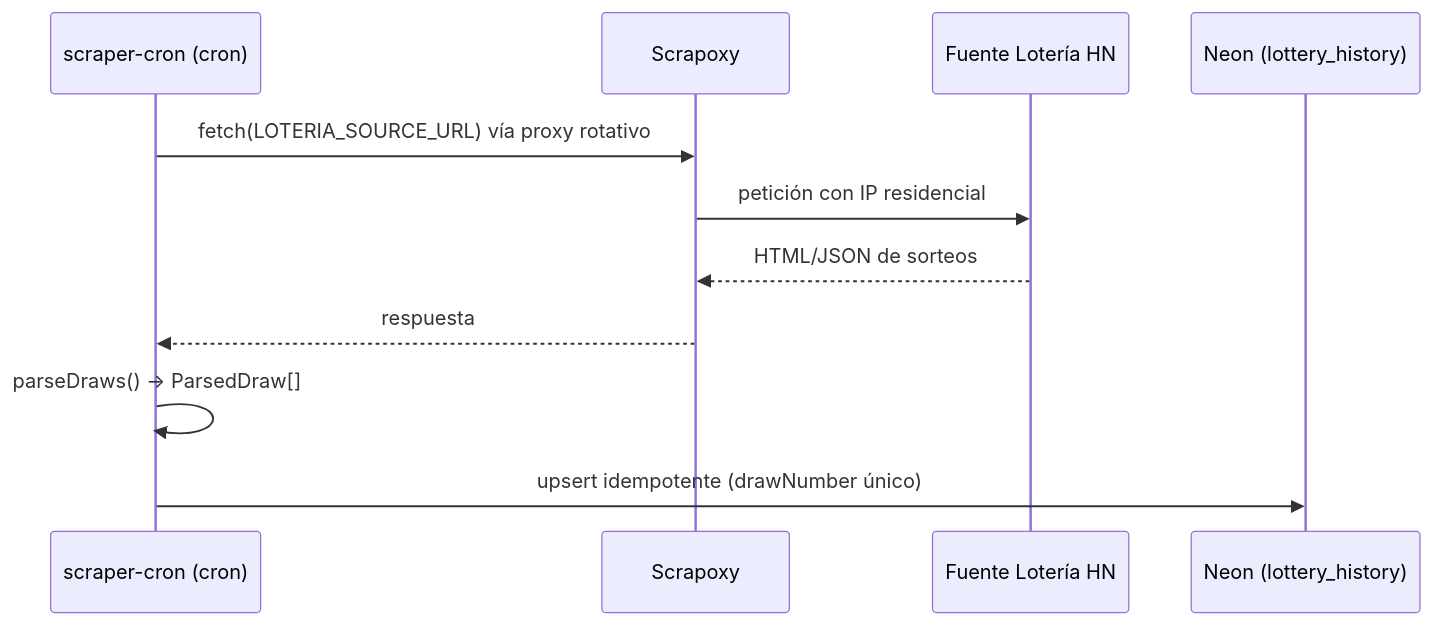
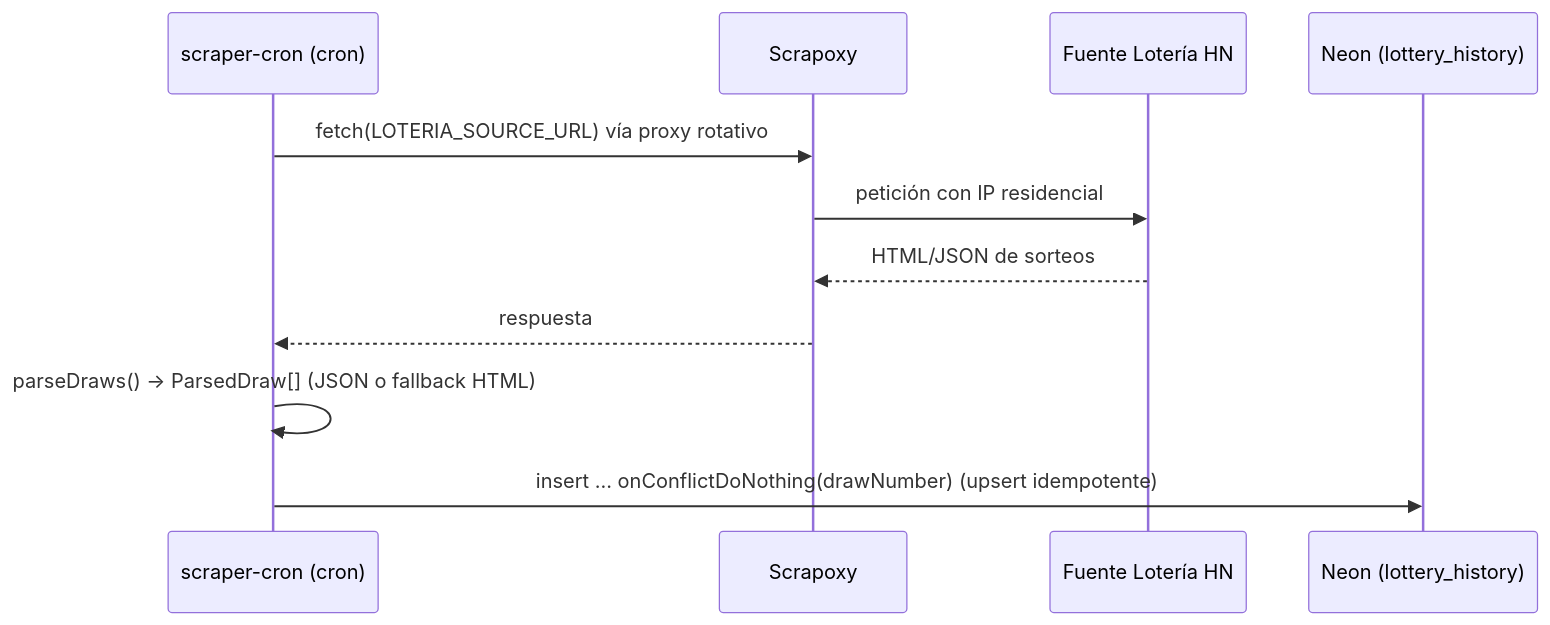
The diagram in docs/05_Procesos/Flujo_Ingestion_Scraping.md (ogescoto/loto-honduras-analytics), drawn with Mermaid before and after one commit. The commit also changed other lines of this file and 123 other files, not shown here.

````diff
--- a/docs/05_Procesos/Flujo_Ingestion_Scraping.md
+++ b/docs/05_Procesos/Flujo_Ingestion_Scraping.md
@@ -17,13 +17,13 @@
 ```mermaid
 sequenceDiagram
   participant CR as scraper-cron (cron)
   participant PX as Scrapoxy
   participant SRC as Fuente Lotería HN
   participant DB as Neon (lottery_history)
   CR->>PX: fetch(LOTERIA_SOURCE_URL) vía proxy rotativo
   PX->>SRC: petición con IP residencial
   SRC-->>PX: HTML/JSON de sorteos
   PX-->>CR: respuesta
-  CR->>CR: parseDraws() -> ParsedDraw[]
-  CR->>DB: upsert idempotente (drawNumber único)
+  CR->>CR: parseDraws() -> ParsedDraw[] (JSON o fallback HTML)
+  CR->>DB: insert ... onConflictDoNothing(drawNumber) (upsert idempotente)
 ```
````
